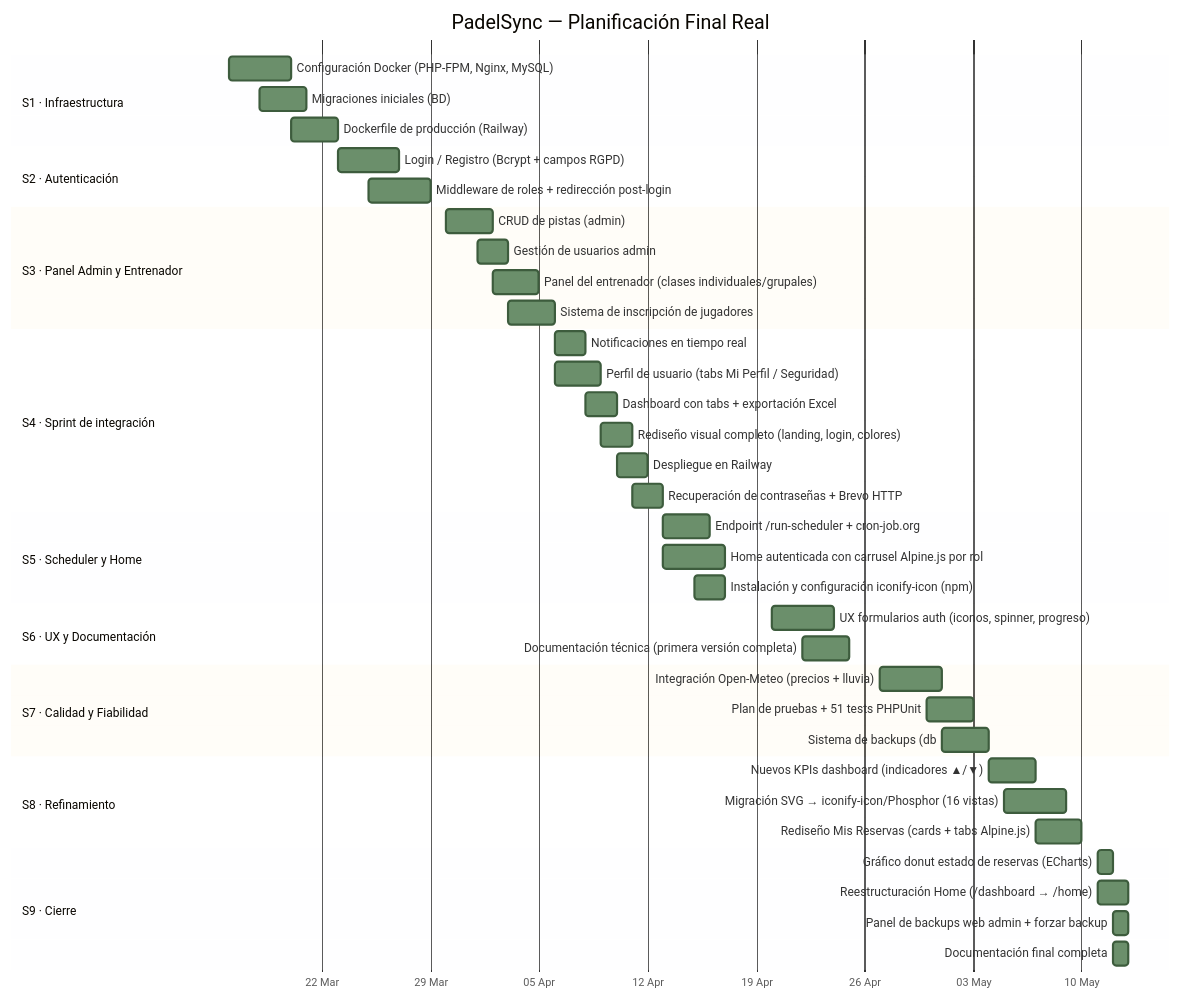
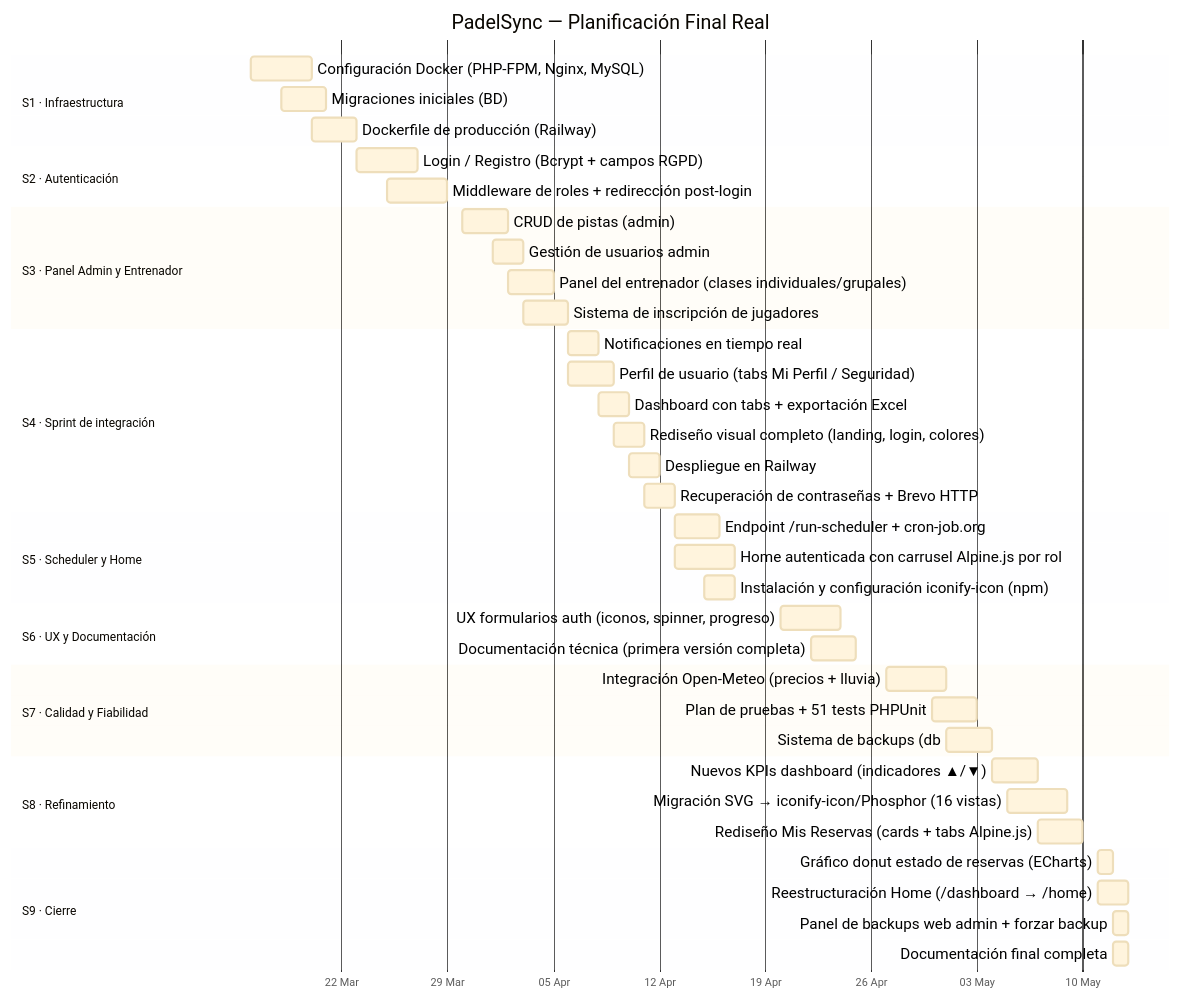
Before and after one commit to pabloiglepe/Prueba1---TFG: the first of 2 diagrams in docs/PLANIFICACION_REAL.md, drawn with Mermaid.

Commit message:
Actualizar documentación

````diff
--- a/docs/PLANIFICACION_REAL.md
+++ b/docs/PLANIFICACION_REAL.md
@@ -10,55 +10,55 @@
 ```mermaid
-%%{init: {'theme': 'base', 'gantt': {'leftPadding': 200, 'barHeight': 22, 'barGap': 6}, 'themeVariables': {'taskBkgColor': '#6b8f6b', 'taskBorderColor': '#3d5c3d', 'activeTaskBkgColor': '#4a6b4a', 'activeTaskBorderColor': '#2d3b2d', 'critBkgColor': '#e05c5c', 'critBorderColor': '#b03030', 'todayLineColor': '#e05c5c'}}}%%
+%%{init: {'theme': 'base', 'gantt': {'leftPadding': 220, 'barHeight': 22, 'barGap': 6, 'fontSize': 14}, 'themeVariables': {'fontFamily': 'Arial Black', 'doneTaskBkgColor': '#e8a020', 'doneTaskBorderColor': '#b07010', 'activeTaskBkgColor': '#20c080', 'activeTaskBorderColor': '#108050', 'critBkgColor': '#ff3333', 'critBorderColor': '#cc0000', 'taskTextColor': '#000000', 'taskTextOutsideColor': '#000000', 'taskTextLightColor': '#000000', 'taskTextDarkColor': '#000000', 'todayLineColor': '#ffffff'}}}%%
 gantt
     title PadelSync — Planificación Final Real
     dateFormat  YYYY-MM-DD
     axisFormat  %d %b
 
     section S1 · Infraestructura
     Configuración Docker (PHP-FPM, Nginx, MySQL)       :2026-03-16, 4d
     Migraciones iniciales (BD)                          :2026-03-18, 3d
     Dockerfile de producción (Railway)                  :2026-03-20, 3d
 
     section S2 · Autenticación
     Login / Registro (Bcrypt + campos RGPD)            :2026-03-23, 4d
     Middleware de roles + redirección post-login        :2026-03-25, 4d
 
     section S3 · Panel Admin y Entrenador
     CRUD de pistas (admin)                              :2026-03-30, 3d
     Gestión de usuarios admin                           :2026-04-01, 2d
     Panel del entrenador (clases individuales/grupales) :2026-04-02, 3d
     Sistema de inscripción de jugadores                 :2026-04-03, 3d
 
     section S4 · Sprint de integración
     Notificaciones en tiempo real                       :2026-04-06, 2d
     Perfil de usuario (tabs Mi Perfil / Seguridad)     :2026-04-06, 3d
     Dashboard con tabs + exportación Excel              :2026-04-08, 2d
     Rediseño visual completo (landing, login, colores)  :2026-04-09, 2d
     Despliegue en Railway                               :2026-04-10, 2d
     Recuperación de contraseñas + Brevo HTTP            :2026-04-11, 2d
 
     section S5 · Scheduler y Home
     Endpoint /run-scheduler + cron-job.org              :2026-04-13, 3d
     Home autenticada con carrusel Alpine.js por rol     :2026-04-13, 4d
     Instalación y configuración iconify-icon (npm)      :2026-04-15, 2d
 
     section S6 · UX y Documentación
     UX formularios auth (iconos, spinner, progreso)     :2026-04-20, 4d
     Documentación técnica (primera versión completa)    :2026-04-22, 3d
 
     section S7 · Calidad y Fiabilidad
     Integración Open-Meteo (precios + lluvia)           :2026-04-27, 4d
     Plan de pruebas + 51 tests PHPUnit                  :2026-04-30, 3d
     Sistema de backups (db:backup / db:restore)         :2026-05-01, 3d
 
     section S8 · Refinamiento
     Nuevos KPIs dashboard (indicadores ▲/▼)            :2026-05-04, 3d
     Migración SVG → iconify-icon/Phosphor (16 vistas)   :2026-05-05, 4d
     Rediseño Mis Reservas (cards + tabs Alpine.js)      :2026-05-07, 3d
 
     section S9 · Cierre
     Gráfico donut estado de reservas (ECharts)          :2026-05-11, 1d
     Reestructuración Home (/dashboard → /home)          :2026-05-11, 2d
     Panel de backups web admin + forzar backup          :2026-05-12, 1d
     Documentación final completa                        :2026-05-12, 1d
 ```
````
